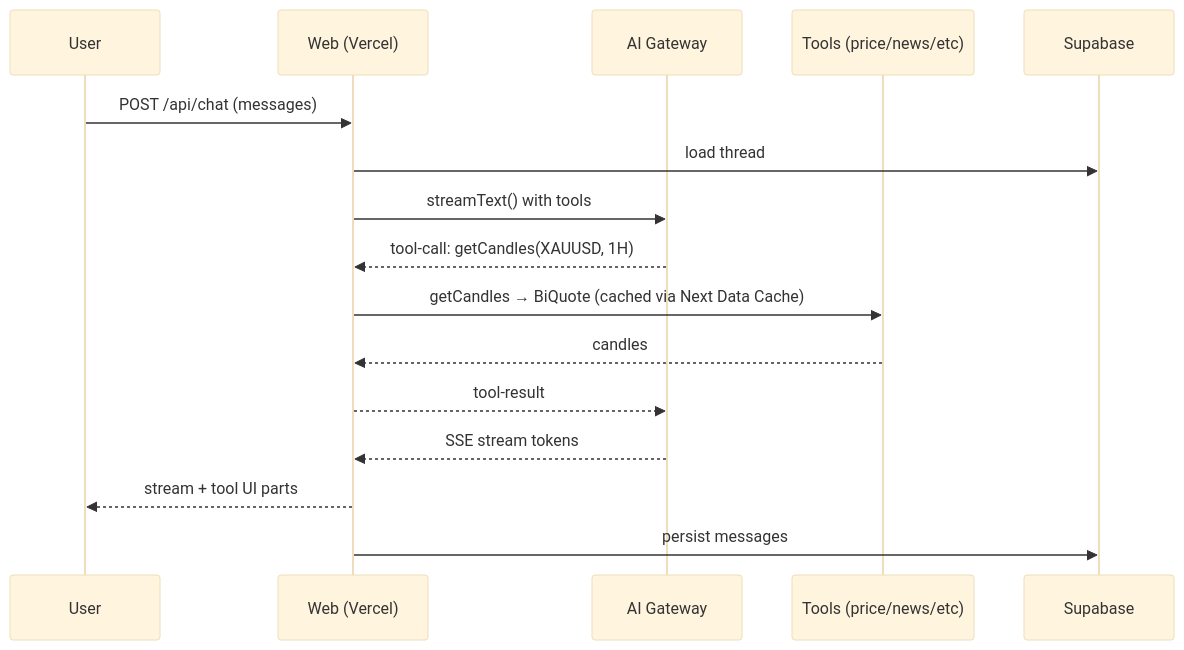
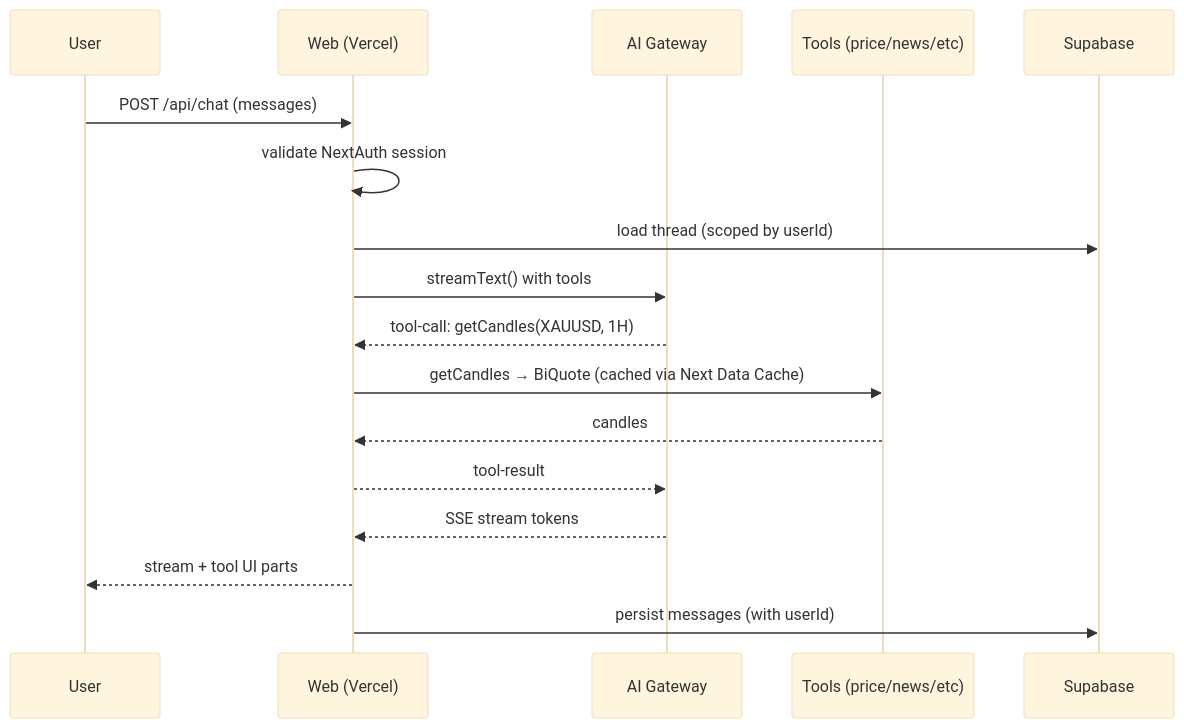
The second of 5 diagrams in docs/01-architecture.md (HamaFx/Kestrel), drawn with Mermaid (base theme) before and after one commit. The commit also changed other lines of this file and 632 other files, not shown here.

````diff
--- a/docs/01-architecture.md
+++ b/docs/01-architecture.md
@@ -112,19 +112,20 @@
 ```mermaid
 sequenceDiagram
     participant U as User
     participant W as Web (Vercel)
     participant G as AI Gateway
     participant T as Tools (price/news/etc)
     participant S as Supabase
 
     U->>W: POST /api/chat (messages)
-    W->>S: load thread
+    W->>W: validate NextAuth session
+    W->>S: load thread (scoped by userId)
     W->>G: streamText() with tools
     G-->>W: tool-call: getCandles(XAUUSD, 1H)
     W->>T: getCandles → BiQuote (cached via Next Data Cache)
     T-->>W: candles
     W-->>G: tool-result
     G-->>W: SSE stream tokens
     W-->>U: stream + tool UI parts
-    W->>S: persist messages
+    W->>S: persist messages (with userId)
 ```
````
